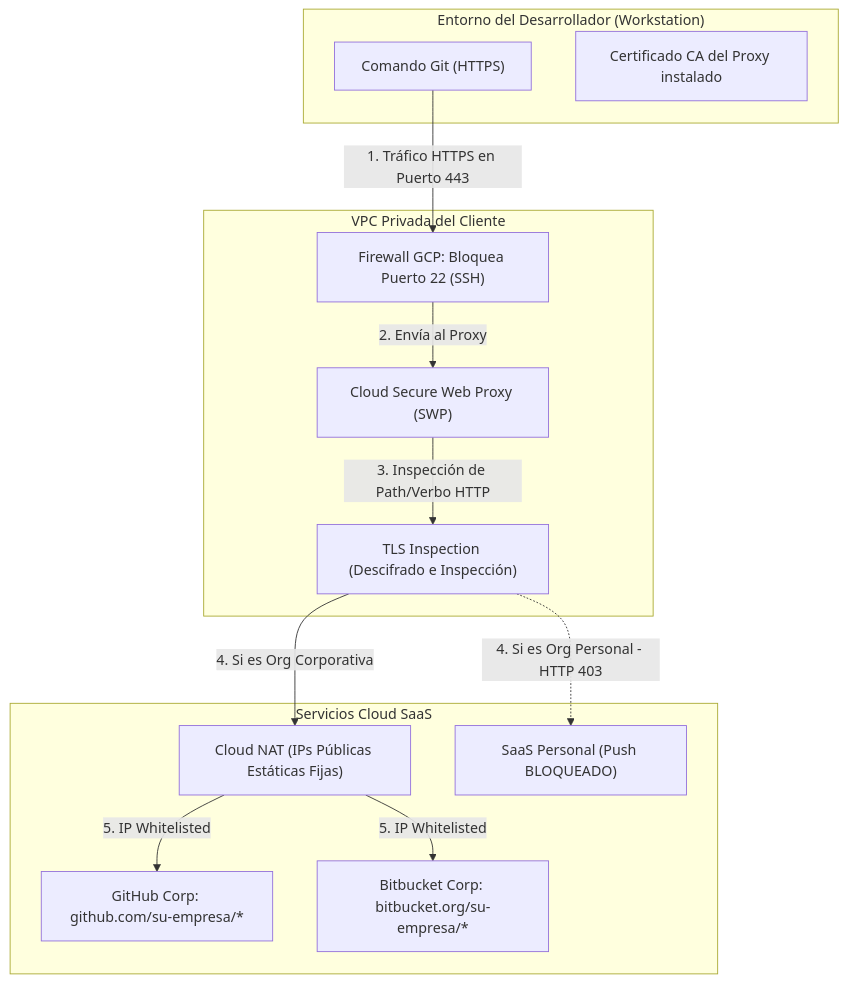
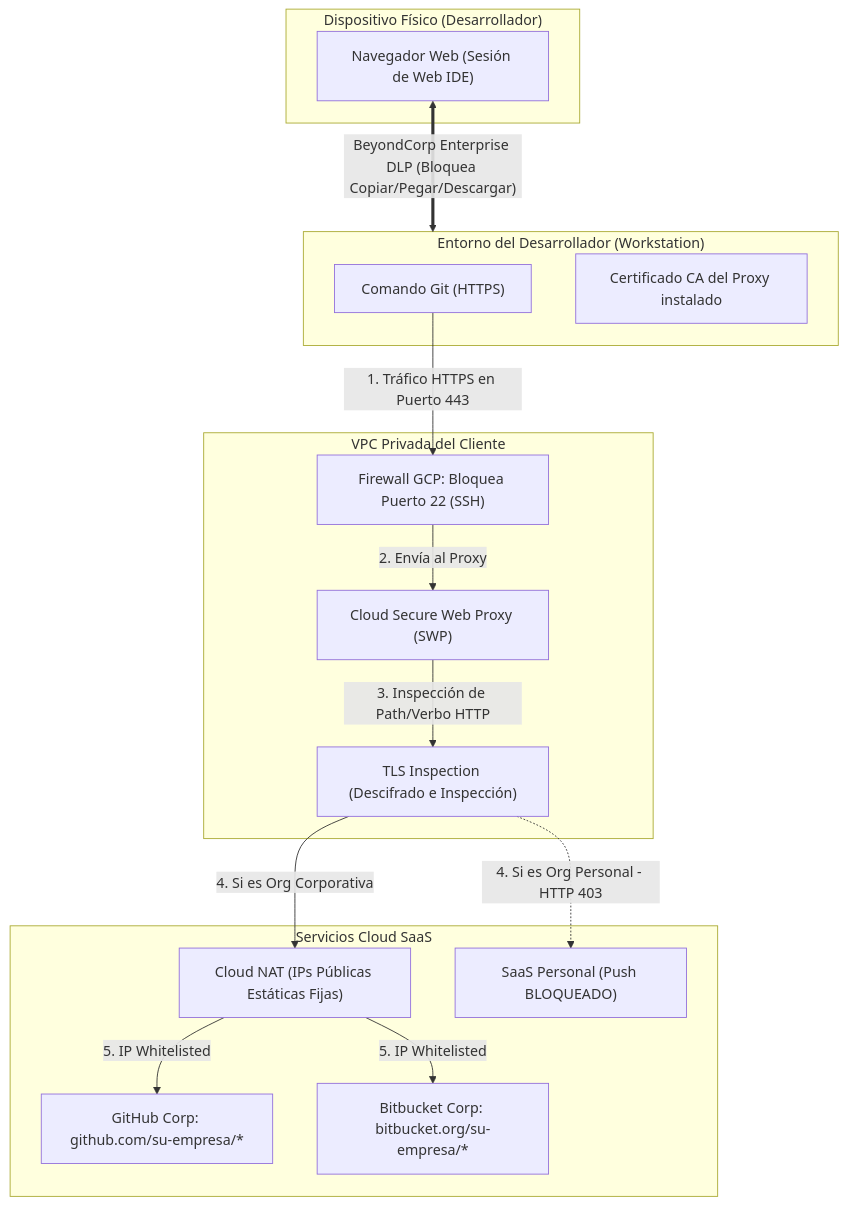
The diagram in docs/security_networking_best_practices_es.md (sahvieirag/cloud-workstations-custom), drawn with Mermaid before and after one commit. The commit also changed other lines of this file and 9 other files, not shown here.

````diff
--- a/docs/security_networking_best_practices_es.md
+++ b/docs/security_networking_best_practices_es.md
@@ -11,28 +11,36 @@
 ```mermaid
 graph TD
+    subgraph Dispositivo_Fisico ["Dispositivo Físico (Desarrollador)"]
+        UserBrowser["Navegador Web (Sesión de Web IDE)"]
+    end
+
     subgraph Container_Workstation ["Entorno del Desarrollador (Workstation)"]
         Git["Comando Git (HTTPS)"]
         CA["Certificado CA del Proxy instalado"]
     end
 
     subgraph VPC_GCP ["VPC Privada del Cliente"]
         FW["Firewall GCP: Bloquea Puerto 22 (SSH)"]
         SWP["Cloud Secure Web Proxy (SWP)"]
         TLS["TLS Inspection (Descifrado e Inspección)"]
     end
 
     subgraph Internet_SaaS ["Servicios Cloud SaaS"]
         NAT["Cloud NAT (IPs Públicas Estáticas Fijas)"]
         GitHubCorp["GitHub Corp: github.com/su-empresa/*"]
         BitbucketCorp["Bitbucket Corp: bitbucket.org/su-empresa/*"]
         PersonalSaaS["SaaS Personal (Push BLOQUEADO)"]
     end
 
+    %% DLP BeyondCorp
+    UserBrowser <== "BeyondCorp Enterprise DLP (Bloquea Copiar/Pegar/Descargar)" ==> Container_Workstation
+
+    %% Flujo Git
     Git -->|1. Tráfico HTTPS en Puerto 443| FW
     FW -->|2. Envía al Proxy| SWP
     SWP -->|3. Inspección de Path/Verbo HTTP| TLS
     TLS -->|4. Si es Org Corporativa| NAT
     TLS -.->|4. Si es Org Personal - HTTP 403| PersonalSaaS
     NAT -->|5. IP Whitelisted| GitHubCorp
     NAT -->|5. IP Whitelisted| BitbucketCorp
 ```
````
